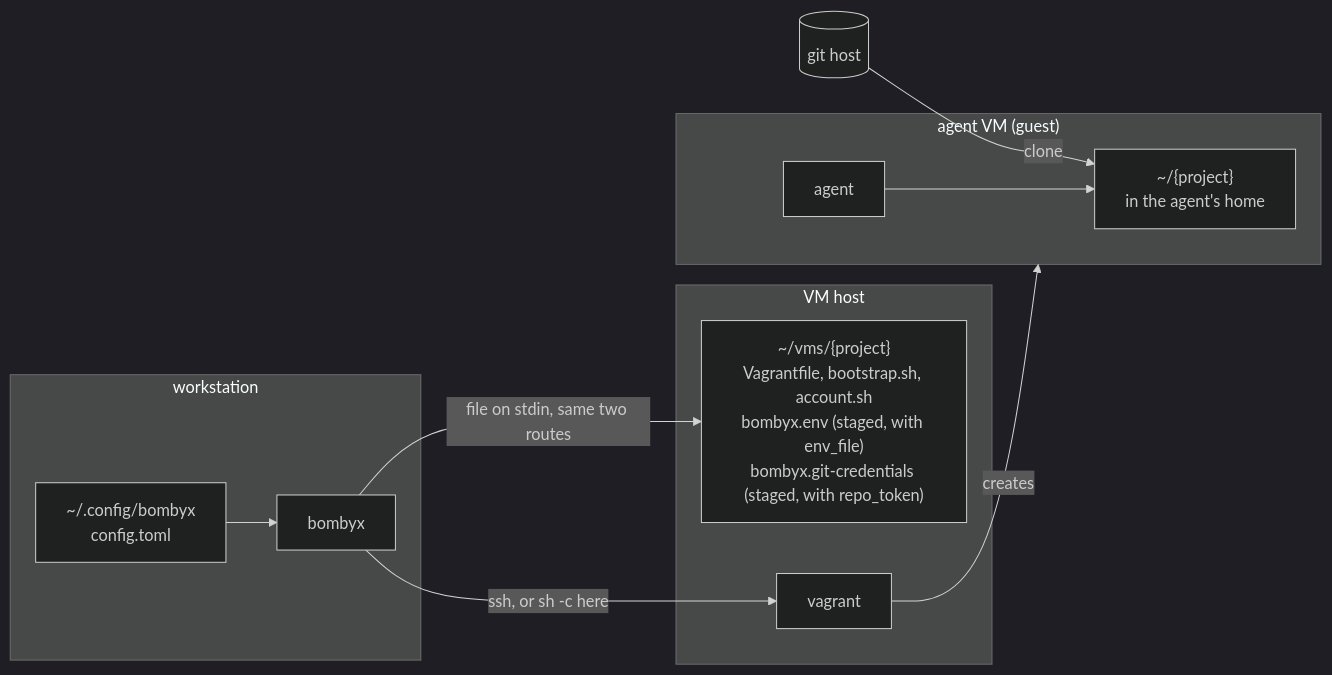
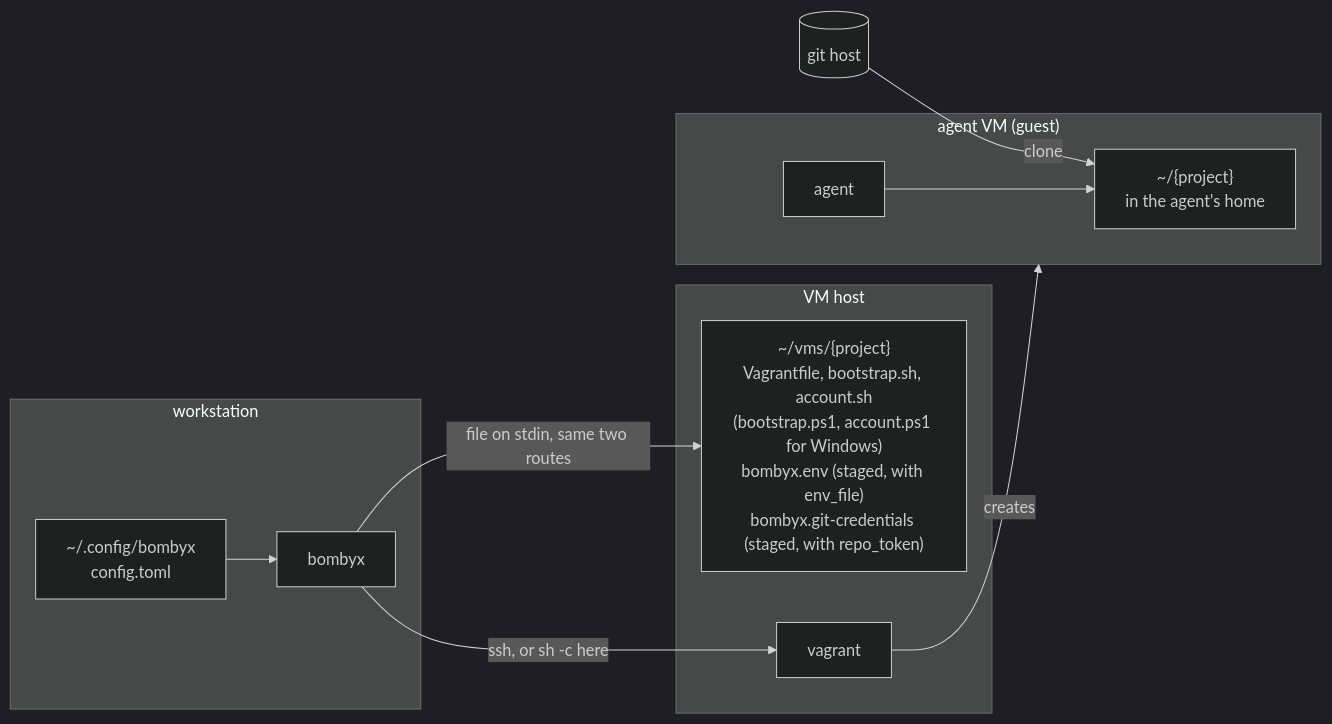
The first of 6 diagrams in docs/architecture.md (breki/bombyx), drawn with Mermaid (dark theme) before and after one commit. The commit also changed other lines of this file and 16 other files, not shown here.

````diff
--- a/docs/architecture.md
+++ b/docs/architecture.md
@@ -24,26 +24,26 @@
 ```mermaid
 flowchart LR
   subgraph ws["workstation"]
     reg["~/.config/bombyx<br/>config.toml"]
     cli["bombyx"]
   end
 
   subgraph host["VM host"]
-    dir["~/vms/{project}<br/>Vagrantfile, bootstrap.sh, account.sh<br/>bombyx.env (staged, with env_file)<br/>bombyx.git-credentials (staged, with repo_token)"]
+    dir["~/vms/{project}<br/>Vagrantfile, bootstrap.sh, account.sh<br/>(bootstrap.ps1, account.ps1 for Windows)<br/>bombyx.env (staged, with env_file)<br/>bombyx.git-credentials (staged, with repo_token)"]
     vg["vagrant"]
   end
 
   subgraph guest["agent VM (guest)"]
     clone["~/{project}<br/>in the agent's home"]
     agent["agent"]
   end
 
   git[("git host")]
 
   reg --> cli
   cli -- "ssh, or sh -c here" --> vg
   cli -- "file on stdin, same two routes" --> dir
   vg -- creates --> guest
   git -- clone --> clone
   agent --> clone
 ```
````
